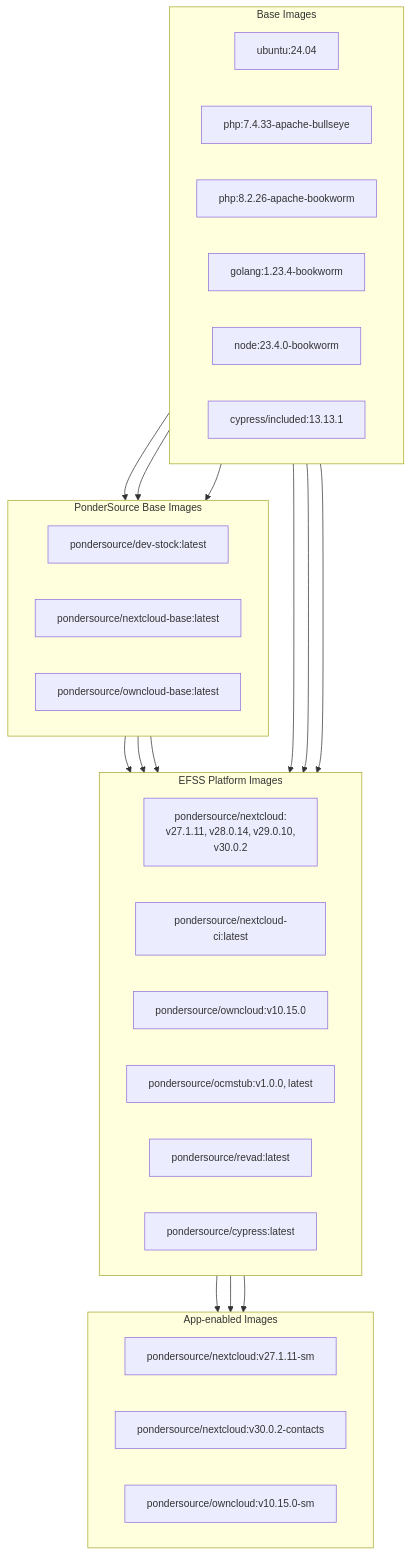
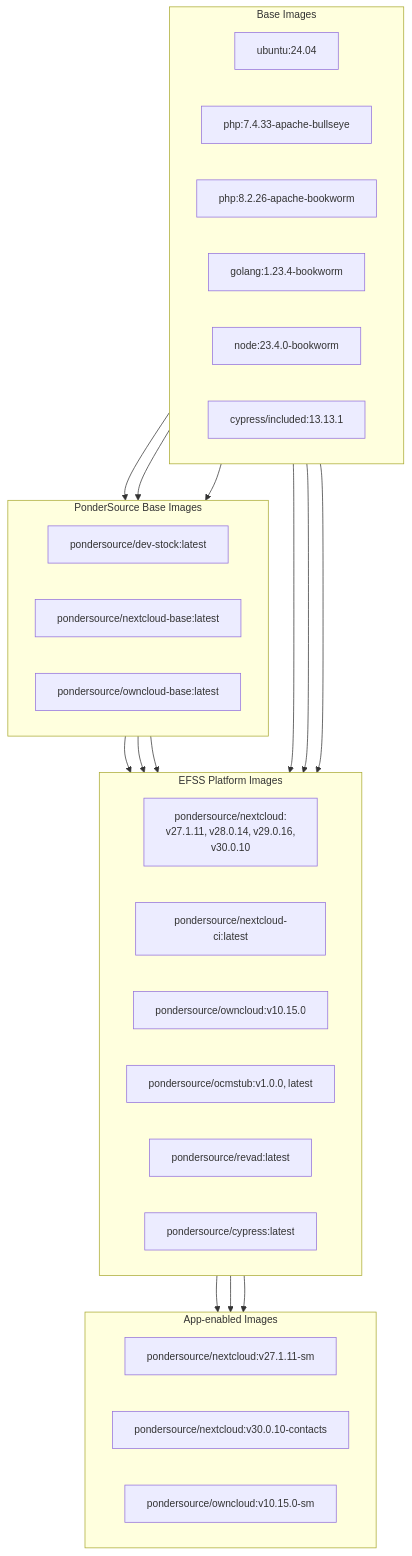
The third of 4 diagrams in docs/3-docker-management.md (pondersource/dev-stock), drawn with Mermaid before and after one commit. The commit also changed other lines of this file and 11 other files, not shown here.

````diff
--- a/docs/3-docker-management.md
+++ b/docs/3-docker-management.md
@@ -127,52 +127,52 @@
 ```mermaid
 %%{init:{ "themeVariables": { "fontSize": "14px" } }}%%
 flowchart TB
     subgraph BASE ["Base Images"]
         direction LR
         UBUNTU[ubuntu:24.04]
         PHP7[php:7.4.33-apache-bullseye]
         PHP8[php:8.2.26-apache-bookworm]
         GO[golang:1.23.4-bookworm]
         NODE[node:23.4.0-bookworm]
         CYPRESS[cypress/included:13.13.1]
     end
 
     subgraph PSBASE ["PonderSource Base Images"]
         direction LR
         DEVSTOCK[pondersource/dev‑stock:latest]
         NCBASE[pondersource/nextcloud‑base:latest]
         OCBASE[pondersource/owncloud‑base:latest]
     end
 
     subgraph EFSS["EFSS Platform Images"]
         direction LR
-        NCIMG[pondersource/nextcloud:<br>v27.1.11, v28.0.14, v29.0.10,<br>v30.0.2]
+        NCIMG[pondersource/nextcloud:<br>v27.1.11, v28.0.14, v29.0.16,<br>v30.0.10]
         NCCIIMG[pondersource/nextcloud-ci:latest]
         OCIMG[pondersource/owncloud:v10.15.0]
         OCMSTUB[pondersource/ocmstub:v1.0.0, latest]
         REVAD[pondersource/revad:latest]
         CYPRESS_P[pondersource/cypress:latest]
     end
 
     subgraph APPS["App‑enabled Images"]
         direction LR
         NCAPP1[pondersource/nextcloud:v27.1.11‑sm]
-        NCAPP2[pondersource/nextcloud:v30.0.2‑contacts]
+        NCAPP2[pondersource/nextcloud:v30.0.10‑contacts]
         OCAPP[pondersource/owncloud:v10.15.0‑sm]
     end
 
     UBUNTU --> DEVSTOCK
     PHP7 --> OCBASE
     PHP8 --> NCBASE
 
     GO --> REVAD
     NODE --> OCMSTUB
     CYPRESS --> CYPRESS_P
     NCBASE--> NCIMG
     NCBASE--> NCCIIMG
     OCBASE   --> OCIMG
 
     NCIMG --> NCAPP1
     NCIMG --> NCAPP2
     OCIMG --> OCAPP
 ```
````
